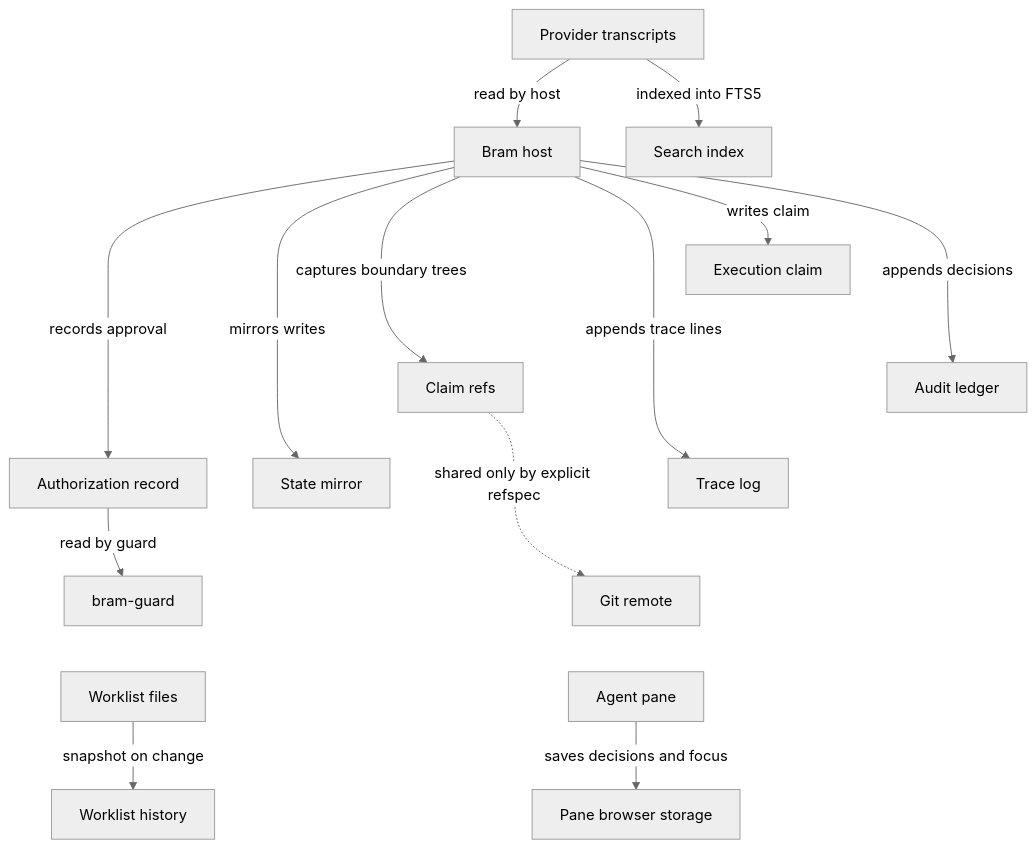
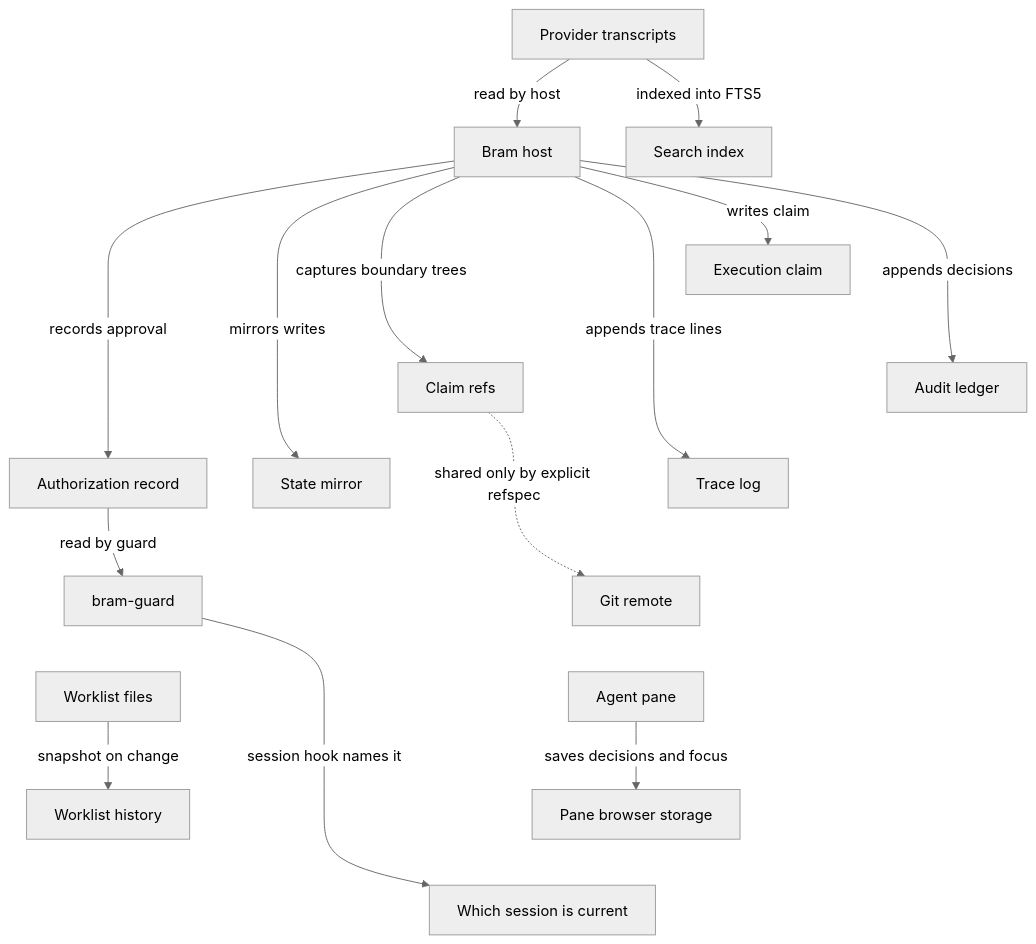
One commit to judell/bram changed the diagram in orientation/architecture/04-state.mmd. Above: the diagram before and after it, drawn with Mermaid (neutral theme). The commit also changed 15 other files, not shown here.

First line of the commit message:
Orientation site: re-pin to e8a38ac0, add Antigravity, the session rule and the state-folder plan

```diff
--- a/orientation/architecture/04-state.mmd
+++ b/orientation/architecture/04-state.mmd
@@ -1,67 +1,72 @@
 flowchart TD
   host["Bram host"]
   wl["Worklist files"]
   auth["Authorization record"]
   claim["Execution claim"]
   refs["Claim refs"]
   hist["Worklist history"]
   ledger["Audit ledger"]
   mirror["State mirror"]
   search["Search index"]
   trace["Trace log"]
   tx["Provider transcripts"]
   guard["bram-guard"]
   pane["Agent pane"]
   store["Pane browser storage"]
   remote["Git remote"]
+  cur["Which session is current"]
 
   wl -->|"snapshot on change"| hist
   host -->|"records approval"| auth
   host -->|"writes claim"| claim
   host -->|"captures boundary trees"| refs
   host -->|"appends decisions"| ledger
   host -->|"mirrors writes"| mirror
   host -->|"appends trace lines"| trace
   tx -->|"indexed into FTS5"| search
   tx -->|"read by host"| host
   auth -->|"read by guard"| guard
   pane -->|"saves decisions and focus"| store
   refs -.->|"shared only by explicit refspec"| remote
+  guard -->|"session hook names it"| cur
 
   %% Invisible links stack the nodes into short rows, top to bottom.
   claim ~~~ refs
   claim ~~~ ledger
   refs ~~~ mirror
   ledger ~~~ trace
   mirror ~~~ guard
   trace ~~~ remote
   guard ~~~ wl
   remote ~~~ pane
+  store ~~~ cur
 
-%% tip: Bram host :: The Rust process. Most files below are written only by it; the agent writes worklist.json and drafts.
+%% tip: Bram host :: The Rust process. Its files live in the state folder (resources/ unless .bram/ exists), listed in BRAM_OWNED_ENTRIES. Most are written only by it; the agent writes worklist.json and drafts.
 %% tip: Worklist files :: resources/worklist.json (metadata) and resources/worklist-drafts/<id>.md (before/after prose). Gitignored in this repo.
 %% tip: Authorization record :: resources/.worklist-authorization.json. One slot, 30 minute TTL, gitignored.
 %% tip: Execution claim :: resources/.inflight-claim.json. Single slot; cleared at turn end and on startup if stale.
 %% tip: Claim refs :: refs/bram/claims/* point at trees; ordered ledger in resources/.claim-intervals.json.
 %% tip: Worklist history :: resources/worklist-history/<unix_ms>.json and .md snapshots. Host-written.
 %% tip: Audit ledger :: resources/audit-ledger.jsonl. Metadata only, best-effort, not tamper-evident.
 %% tip: State mirror :: SQLite shadow of the authorization and claim files. Files stay the truth in phase A.
 %% tip: Search index :: SQLite FTS5 outside the repo, one database per project, behind GET /__search.
 %% tip: Trace log :: resources/bram-traces/bram-trace.log, archived each run. On by default.
-%% tip: Provider transcripts :: Claude JSONL and Codex rollouts live under the user's home, not the repo.
+%% tip: Provider transcripts :: Claude JSONL, Codex rollouts, OpenCode's SQLite and Antigravity's store live under the user's home, not the repo.
+%% tip: Which session is current :: A session is current because something named it: the running CLI from this terminal, else Bram at launch, else newest. Sessions form groups, not pairs.
+%% tip: session hook names it :: bram-guard's session-hook modes post the running session to /__agent/session with this terminal's token.
 %% tip: bram-guard :: Reads resources/.worklist-authorization.json directly and uses its existence as the project-root marker.
 %% tip: Agent pane :: The XMLUI app. Page-local state is lost on tab switch; session state is held above the pages.
 %% tip: Pane browser storage :: localStorage for decisions, sessionStorage for focus; project-scoped keys carry a project suffix.
 %% tip: Git remote :: A normal push transfers branches, not refs/bram/*.
 %% tip: snapshot on change :: A filesystem watcher calls maybe_snapshot_worklist.
 %% tip: records approval :: Written through the record_worklist_action_authorization Tauri command.
 %% tip: writes claim :: write_inflight_claim_sentinel, called in the same command as the approval.
 %% tip: captures boundary trees :: capture_claim_tree uses a temporary index so the real index is untouched.
 %% tip: appends decisions :: Authorization decisions and gated commits, ungated by the trace toggle.
 %% tip: mirrors writes :: mirror_* calls run after each successful file write; errors are trace-only.
 %% tip: appends trace lines :: append_bram_trace_line, one line per waypoint.
 %% tip: indexed into FTS5 :: A background indexer covers sessions, commits, issues and worklist history.
 %% tip: read by host :: The host watches and projects transcripts for turn state and the Transcript tab.
 %% tip: read by guard :: Per-call, from a separate process.
 %% tip: saves decisions and focus :: Decisions persist; focus dies with the session.
 %% tip: shared only by explicit refspec :: Dashed: claim refs are machine-local unless someone pushes them on purpose.
```
